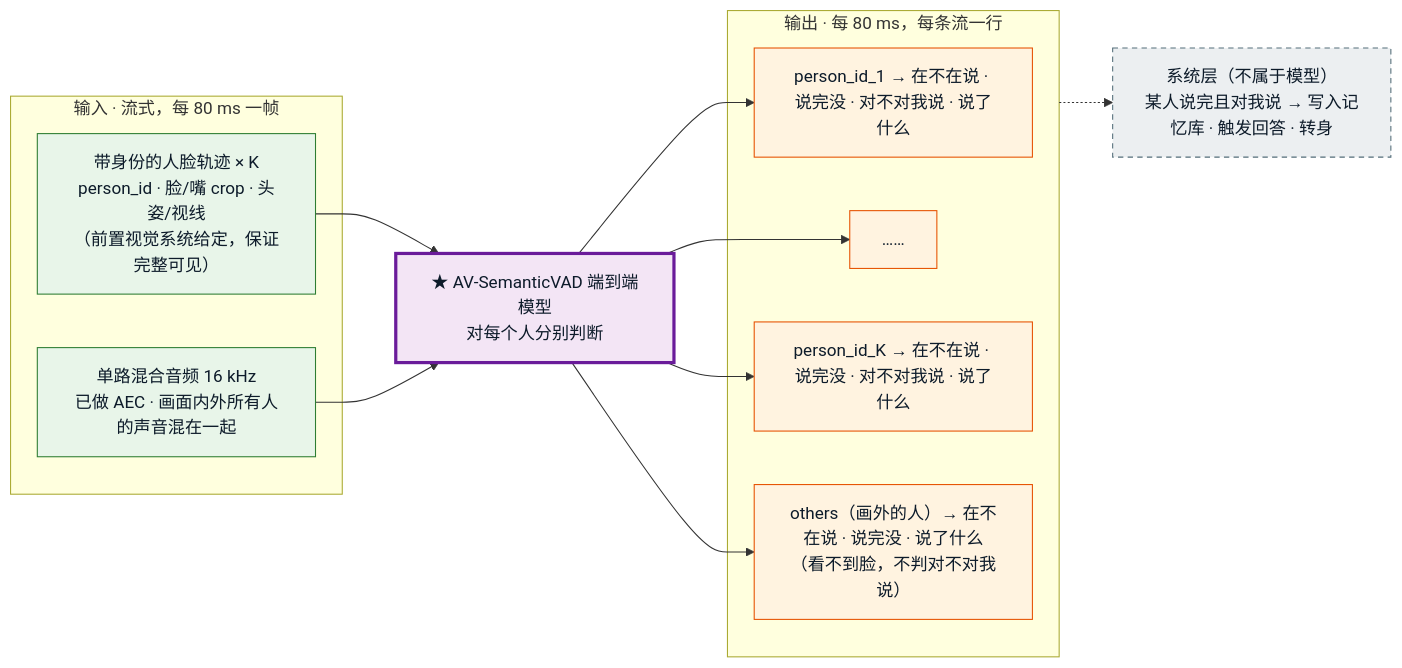
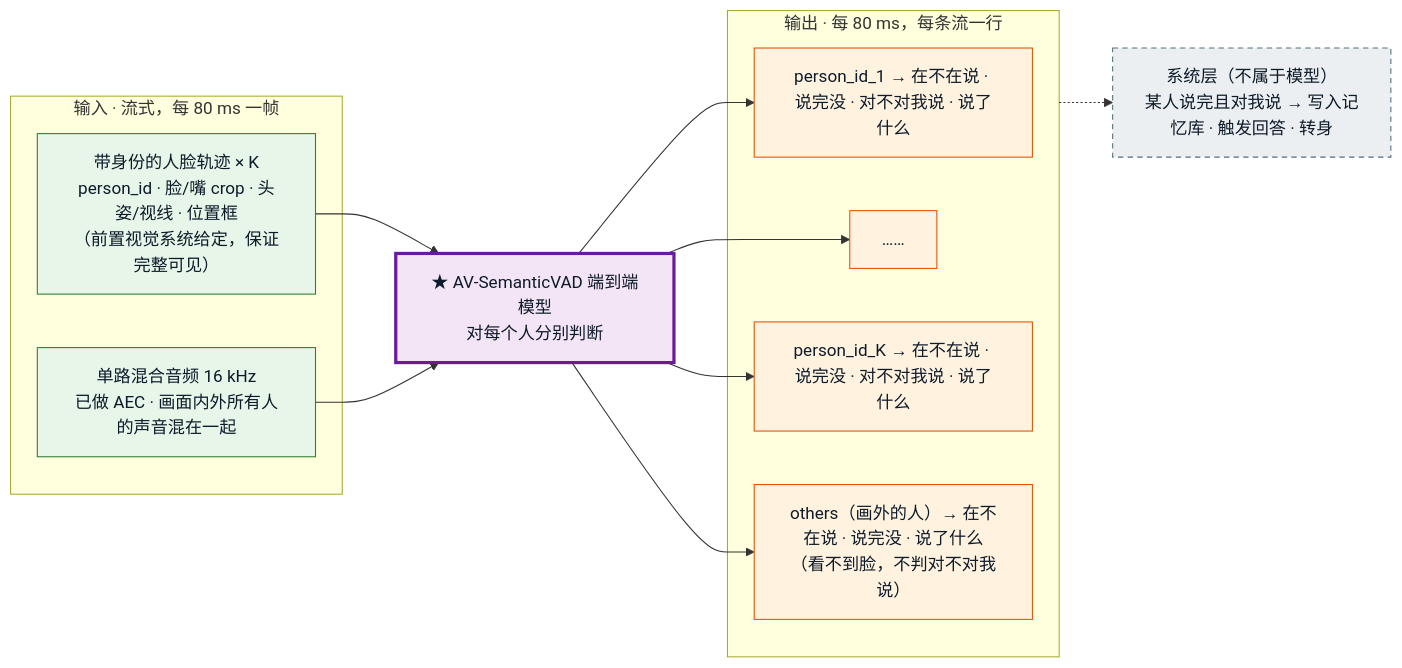
The first of 5 diagrams in AV-SemanticVAD/docs/plan/architecture.md (yutian929/SemanticVAD), drawn with Mermaid before and after one commit. The commit also changed other lines of this file, not shown here.

````diff
--- a/AV-SemanticVAD/docs/plan/architecture.md
+++ b/AV-SemanticVAD/docs/plan/architecture.md
@@ -39,29 +39,29 @@
 ```mermaid
 flowchart LR
     classDef inp  fill:#e8f5e9,stroke:#2e7d32,color:#0d1b2a;
     classDef core fill:#f3e5f5,stroke:#6a1b9a,color:#0d1b2a,stroke-width:3px;
     classDef outp fill:#fff3e0,stroke:#e65100,color:#0d1b2a;
     classDef sys  fill:#eceff1,stroke:#546e7a,color:#0d1b2a,stroke-dasharray:5 4;
 
     subgraph IN["输入 · 流式，每 80 ms 一帧"]
-        F["带身份的人脸轨迹 × K<br/>person_id · 脸/嘴 crop · 头姿/视线<br/>（前置视觉系统给定，保证完整可见）"]:::inp
+        F["带身份的人脸轨迹 × K<br/>person_id · 脸/嘴 crop · 头姿/视线 · 位置框<br/>（前置视觉系统给定，保证完整可见）"]:::inp
         A["单路混合音频 16 kHz<br/>已做 AEC · 画面内外所有人的声音混在一起"]:::inp
     end
 
     M["★ AV-SemanticVAD 端到端模型<br/>对每个人分别判断"]:::core
 
     subgraph OUT["输出 · 每 80 ms，每条流一行"]
         O1["person_id_1 → 在不在说 · 说完没 · 对不对我说 · 说了什么"]:::outp
         O2["……"]:::outp
         OK["person_id_K → 在不在说 · 说完没 · 对不对我说 · 说了什么"]:::outp
         OO["others（画外的人）→ 在不在说 · 说完没 · 说了什么<br/>（看不到脸，不判对不对我说）"]:::outp
     end
 
     F --> M
     A --> M
     M --> O1
     M --> O2
     M --> OK
     M --> OO
     OUT -.-> SYS["系统层（不属于模型）<br/>某人说完且对我说 → 写入记忆库 · 触发回答 · 转身"]:::sys
 ```
````
